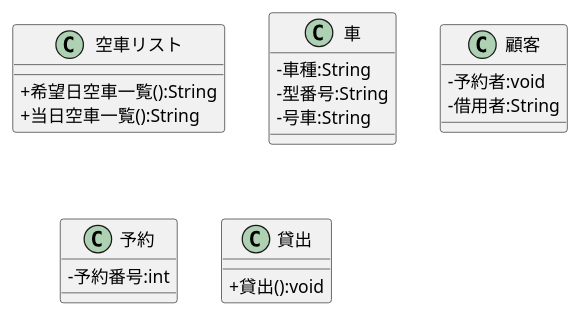
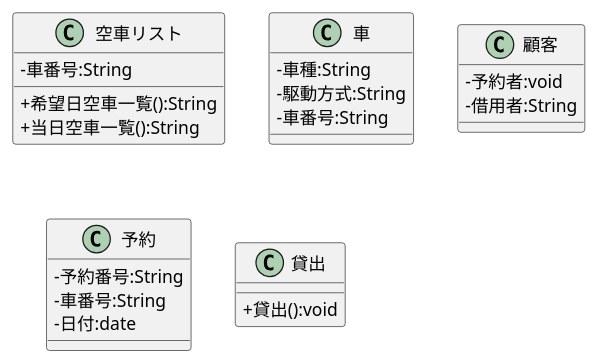
The diagram in 例題3-1_CL_車両貸出システム.pu (marute0215/uml-introduction), drawn with PlantUML before and after one commit.

Commit message:
例題提出

```diff
--- a/例題3-1_CL_車両貸出システム.pu
+++ b/例題3-1_CL_車両貸出システム.pu
@@ -1,22 +1,25 @@
 @startuml
 skinparam classAttributeIconSize 0
 class 空車リスト  {
+-車番号:String
 +希望日空車一覧():String
 +当日空車一覧():String
 }
 class 車 {
 - 車種:String
-- 型番号:String
-- 号車:String
+- 駆動方式:String
+- 車番号:String
 }
 class 顧客 {
 - 予約者:void
 - 借用者:String
 }
 class 予約 {
-- 予約番号:int
+- 予約番号:String
+- 車番号:String
+- 日付:date
 }
 class 貸出{
 + 貸出():void
 }
 @enduml
```
